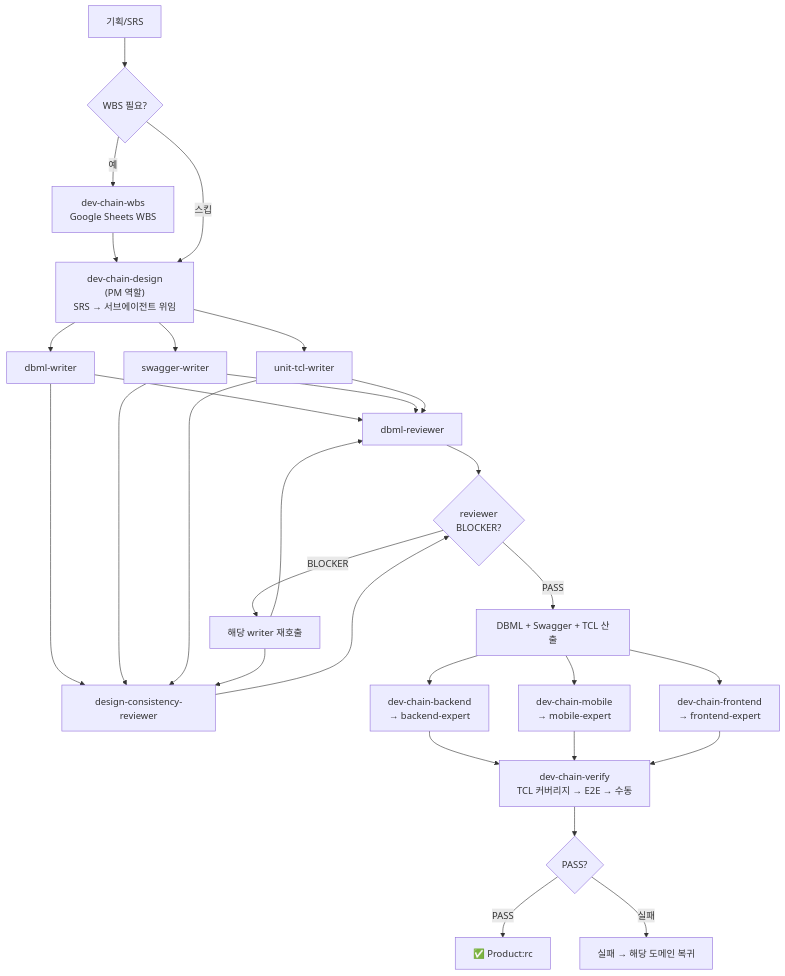
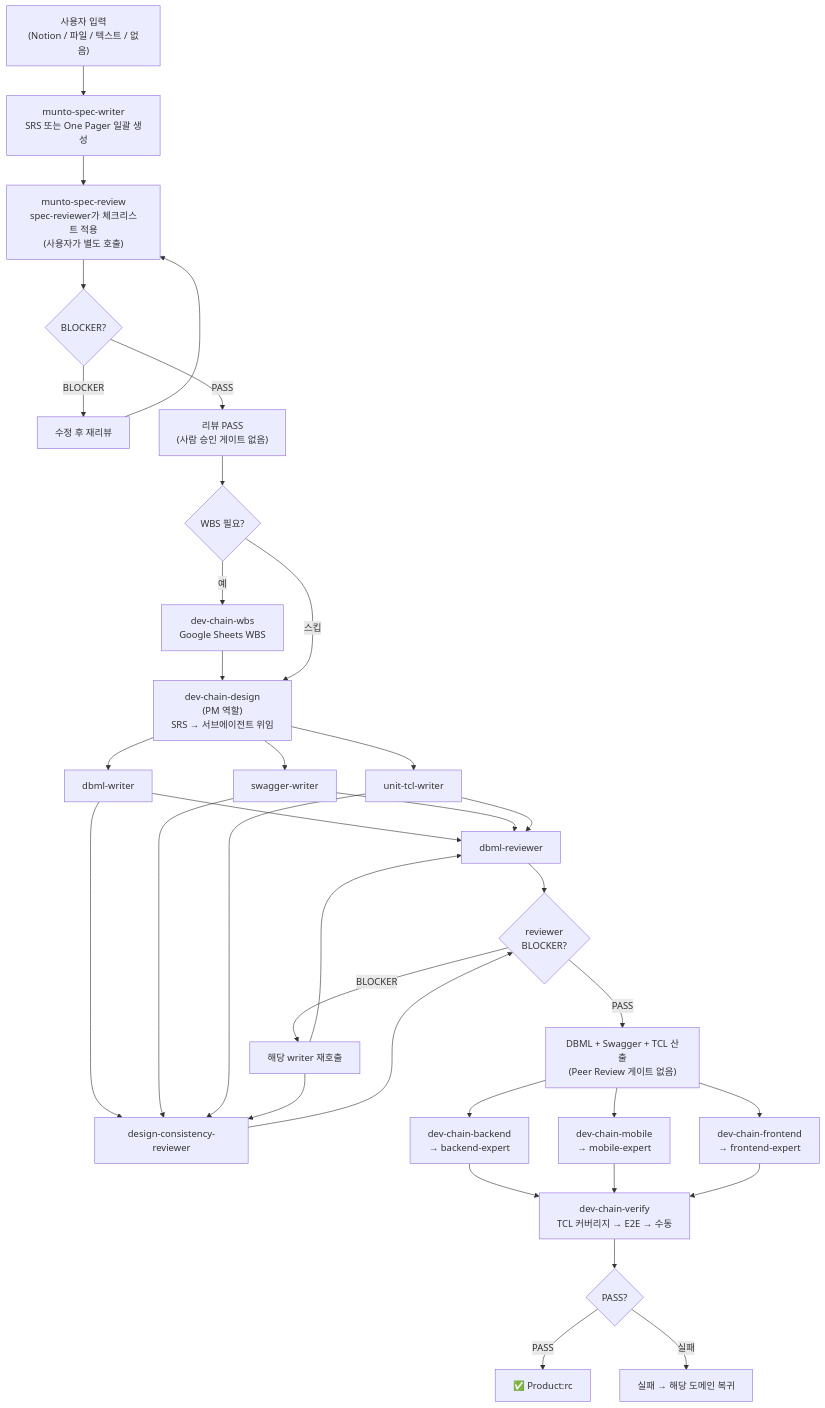
One commit to gracegyu/munto-dev-assistant-report changed the second of 2 diagrams in reports/2026-05-harness-AS-IS.md. Above: the diagram before and after it, drawn with Mermaid. The commit also changed other lines of this file and 2 other files, not shown here.

````diff
--- a/reports/2026-05-harness-AS-IS.md
+++ b/reports/2026-05-harness-AS-IS.md
@@ -89,35 +143,45 @@
 ```mermaid
 flowchart TD
-    A["기획/SRS"]
+    S0["사용자 입력\n(Notion / 파일 / 텍스트 / 없음)"]
+    S1["munto-spec-writer\nSRS 또는 One Pager 일괄 생성"]
+    S2["munto-spec-review\nspec-reviewer가 체크리스트 적용\n(사용자가 별도 호출)"]
+    S3{"BLOCKER?"}
+    S4["수정 후 재리뷰"]
+    S5["리뷰 PASS\n(사람 승인 게이트 없음)"]
+
     B{"WBS 필요?"}
     C["dev-chain-wbs\nGoogle Sheets WBS"]
     D["dev-chain-design\n(PM 역할)\nSRS → 서브에이전트 위임"]
     E1["dbml-writer"]
     E2["swagger-writer"]
     E3["unit-tcl-writer"]
     F1["dbml-reviewer"]
     F2["design-consistency-reviewer"]
     G{"reviewer\nBLOCKER?"}
     H["해당 writer 재호출"]
-    I["DBML + Swagger + TCL 산출"]
+    I["DBML + Swagger + TCL 산출\n(Peer Review 게이트 없음)"]
     J["dev-chain-backend\n→ backend-expert"]
     K["dev-chain-mobile\n→ mobile-expert"]
     L["dev-chain-frontend\n→ frontend-expert"]
     M["dev-chain-verify\nTCL 커버리지 → E2E → 수동"]
     N{"PASS?"}
     O["✅ Product:rc"]
     P["실패 → 해당 도메인 복귀"]
 
-    A --> B
+    S0 --> S1 --> S2 --> S3
+    S3 -- "BLOCKER" --> S4 --> S2
+    S3 -- "PASS" --> S5
+
+    S5 --> B
     B -- "예" --> C --> D
     B -- "스킵" --> D
     D --> E1 & E2 & E3
     E1 & E2 & E3 --> F1 & F2
     F1 & F2 --> G
     G -- "BLOCKER" --> H --> F1 & F2
     G -- "PASS" --> I
     I --> J & K & L
     J & K & L --> M --> N
     N -- "PASS" --> O
     N -- "실패" --> P
 ```
````
